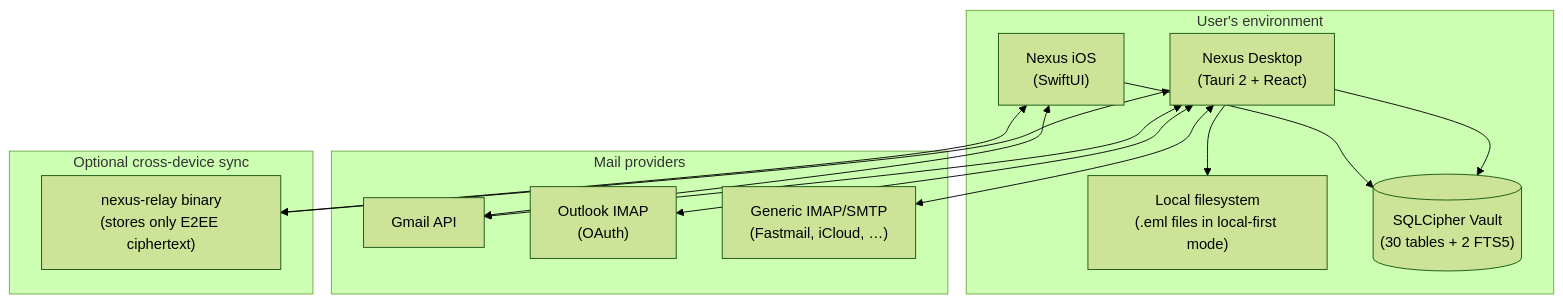
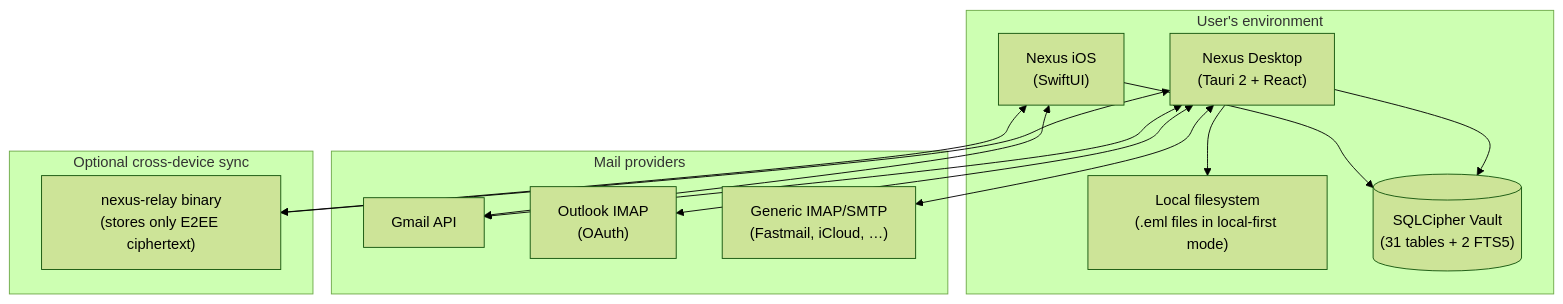
The first of 4 diagrams in docs/architecture.md (wdsmcguigan/Nexus-V2), drawn with Mermaid (forest theme) before and after one commit. The commit also changed 5 other files, not shown here.

````diff
--- a/docs/architecture.md
+++ b/docs/architecture.md
@@ -34,29 +34,29 @@
 ```mermaid
 graph TB
     subgraph User["User's environment"]
         Desktop["Nexus Desktop<br/>(Tauri 2 + React)"]
         IOS["Nexus iOS<br/>(SwiftUI)"]
         FS["Local filesystem<br/>(.eml files in local-first mode)"]
-        Vault[("SQLCipher Vault<br/>(30 tables + 2 FTS5)")]
+        Vault[("SQLCipher Vault<br/>(31 tables + 2 FTS5)")]
         Desktop --> Vault
         Desktop --> FS
         IOS --> Vault
     end
 
     subgraph Providers["Mail providers"]
         Gmail["Gmail API"]
         Outlook["Outlook IMAP<br/>(OAuth)"]
         IMAP["Generic IMAP/SMTP<br/>(Fastmail, iCloud, …)"]
     end
 
     subgraph Relay["Optional cross-device sync"]
         RelayServer["nexus-relay binary<br/>(stores only E2EE ciphertext)"]
     end
 
     Desktop <--> Gmail
     Desktop <--> Outlook
     Desktop <--> IMAP
     Desktop <--> RelayServer
     IOS <--> Gmail
     IOS <--> RelayServer
 ```
````
